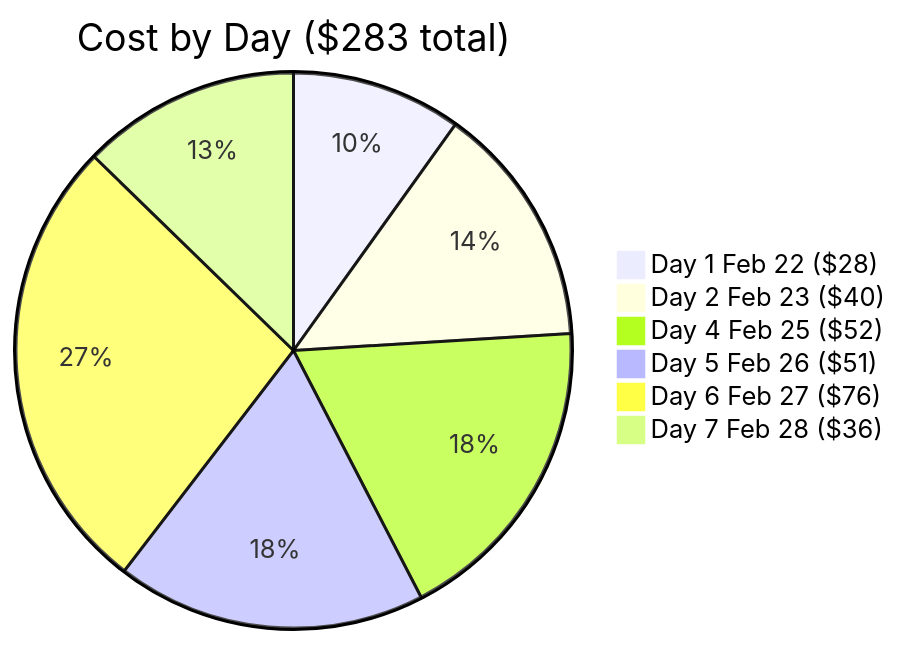
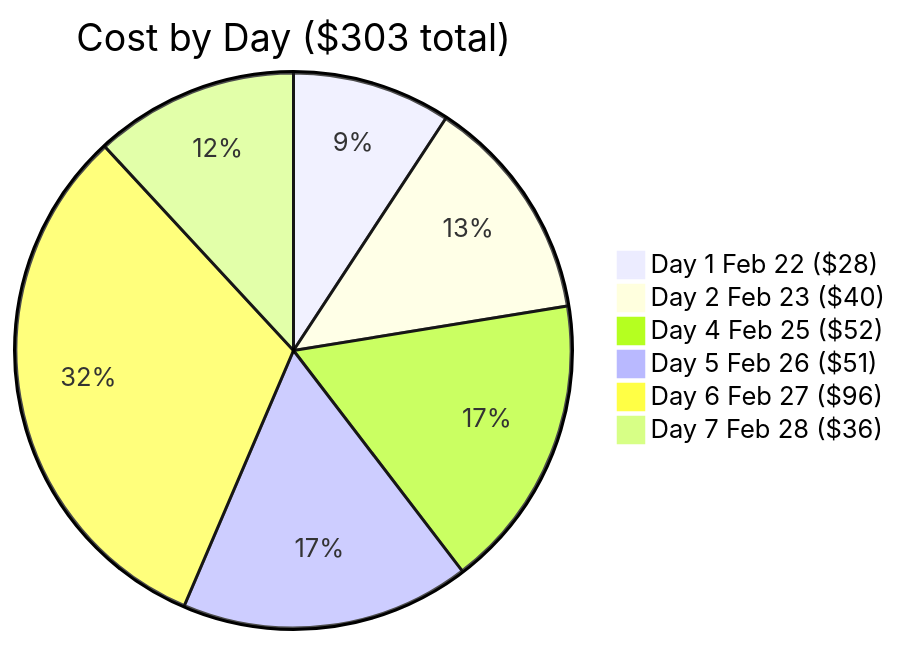
One commit to atlantdak/claude-code-hackathon-xbo-market-kit changed the fourth of 7 diagrams in README.md. Above: the diagram before and after it, drawn with Mermaid. The commit also changed other lines of this file and 32 other files, not shown here.

````diff
--- a/README.md
+++ b/README.md
@@ -142,9 +144,9 @@
 ```mermaid
-pie title Cost by Day ($283 total)
+pie title Cost by Day ($303 total)
     "Day 1 Feb 22 ($28)" : 28
     "Day 2 Feb 23 ($40)" : 40
     "Day 4 Feb 25 ($52)" : 52
     "Day 5 Feb 26 ($51)" : 51
-    "Day 6 Feb 27 ($76)" : 76
+    "Day 6 Feb 27 ($96)" : 96
     "Day 7 Feb 28 ($36)" : 36
 ```
````
